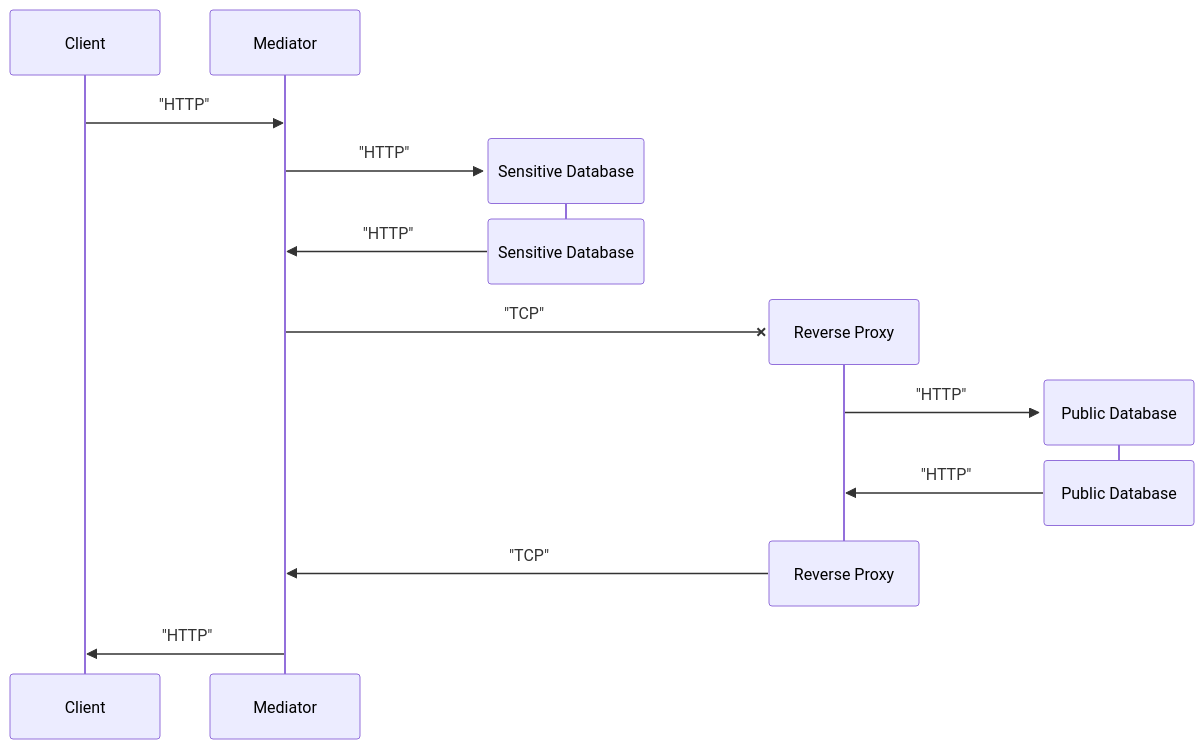
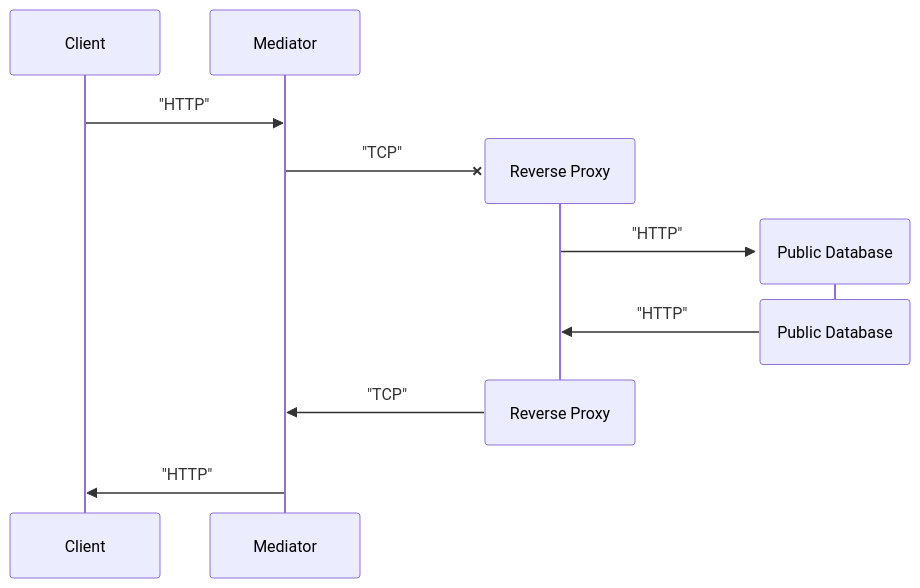
Before and after one commit to SHerlihy/service-architecture-project: the second of 2 diagrams in README.md, drawn with Mermaid.

Commit message:
remove sensiteive seq

````diff
--- a/README.md
+++ b/README.md
@@ -38,22 +38,17 @@
 ```mermaid
 sequenceDiagram
     participant cli as Client
     participant med as Mediator
     cli->>med: "HTTP"
-
-    create participant sens as Sensitive Database
-    med->>sens: "HTTP"
-    destroy sens
-    sens->>med: "HTTP"
 
     create participant rev as Reverse Proxy
     med-xrev: "TCP"
     create participant pub as Public Database
     rev->>pub: "HTTP"
     destroy pub
     pub->>rev:"HTTP"
     destroy rev
     rev->>med:"TCP"
 
     med->>cli: "HTTP"
 ```
````
